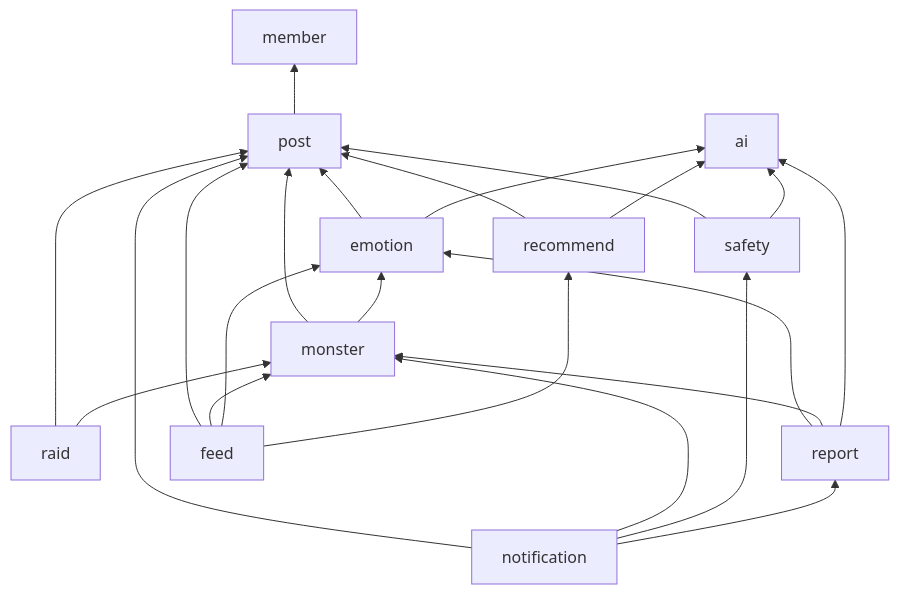
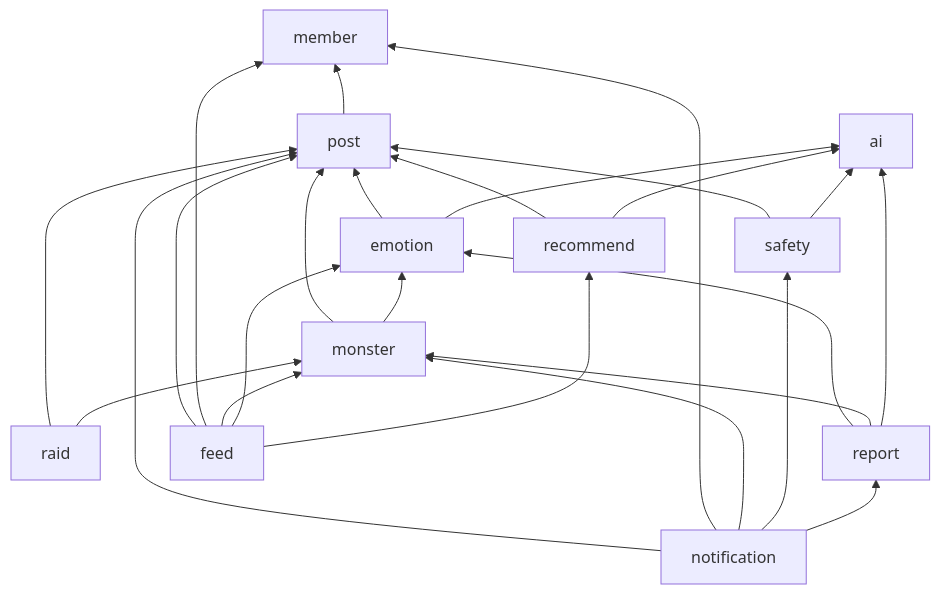
Before and after one commit to hyunolike/5959: the second of 5 diagrams in docs/architecture/overview.md, drawn with Mermaid. The commit also changed other lines of this file and 268 other files, not shown here.

````diff
--- a/docs/architecture/overview.md
+++ b/docs/architecture/overview.md
@@ -135,25 +135,27 @@
 ```mermaid
 flowchart BT
     post --> member
     emotion --> post
     emotion --> ai
     safety --> post
     safety --> ai
     recommend --> post
     recommend --> ai
     monster --> post
     monster --> emotion
     raid --> post
     raid --> monster
     report --> emotion
     report --> monster
     report --> ai
     notification --> post
+    notification --> member
     notification --> monster
     notification --> safety
     notification --> report
     feed --> post
+    feed --> member
     feed --> monster
     feed --> emotion
     feed --> recommend
 ```
````
